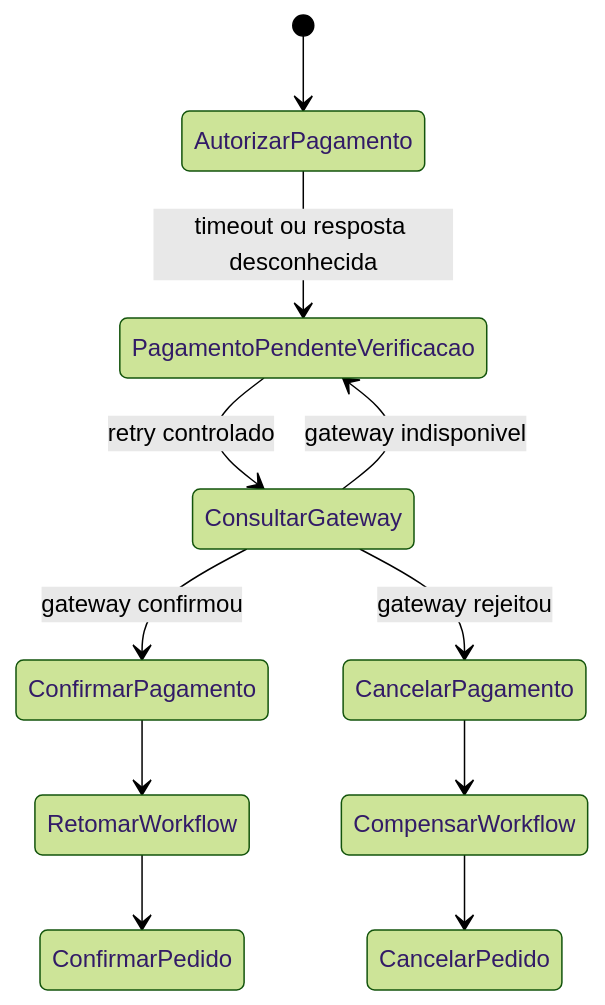
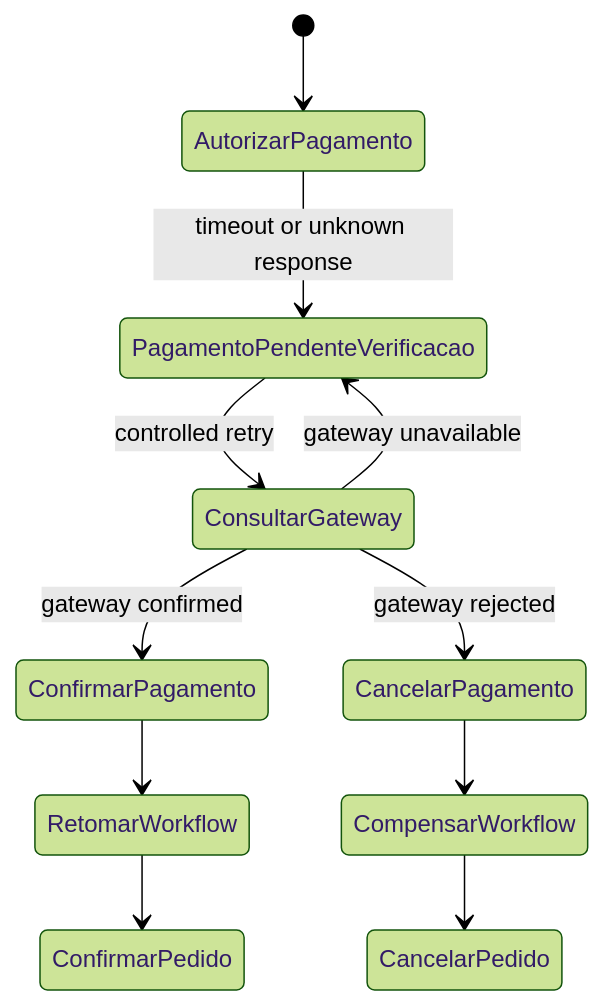
Before and after one commit to Thiago771414/event-driven-order-processing-system: the third of 3 diagrams in event-driven-order-processing-system-main/fullstack-system-design-playbook/docs/saga-orchestration/minishop-conductor-blueprint.md, drawn with Mermaid (forest theme). The commit also changed other lines of this file and 19 other files, not shown here.

````diff
--- a/event-driven-order-processing-system-main/fullstack-system-design-playbook/docs/saga-orchestration/minishop-conductor-blueprint.md
+++ b/event-driven-order-processing-system-main/fullstack-system-design-playbook/docs/saga-orchestration/minishop-conductor-blueprint.md
@@ -98,13 +98,13 @@
 ```mermaid
 stateDiagram-v2
   [*] --> AutorizarPagamento
-  AutorizarPagamento --> PagamentoPendenteVerificacao: timeout ou resposta desconhecida
-  PagamentoPendenteVerificacao --> ConsultarGateway: retry controlado
-  ConsultarGateway --> ConfirmarPagamento: gateway confirmou
-  ConsultarGateway --> CancelarPagamento: gateway rejeitou
-  ConsultarGateway --> PagamentoPendenteVerificacao: gateway indisponivel
+  AutorizarPagamento --> PagamentoPendenteVerificacao: timeout or unknown response
+  PagamentoPendenteVerificacao --> ConsultarGateway: controlled retry
+  ConsultarGateway --> ConfirmarPagamento: gateway confirmed
+  ConsultarGateway --> CancelarPagamento: gateway rejected
+  ConsultarGateway --> PagamentoPendenteVerificacao: gateway unavailable
   ConfirmarPagamento --> RetomarWorkflow
   CancelarPagamento --> CompensarWorkflow
   RetomarWorkflow --> ConfirmarPedido
   CompensarWorkflow --> CancelarPedido
 ```
````
